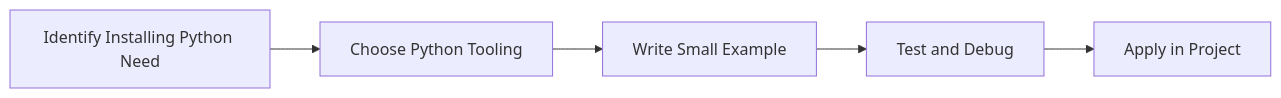
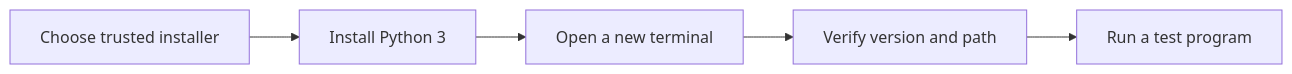
Before and after one commit to SYMOIZ/E-Learning-Portal: the diagram in Python-Mastery/Beginner/02-installing-python.md, drawn with Mermaid. The commit also changed other lines of this file and 116 other files, not shown here.

````diff
--- a/Python-Mastery/Beginner/02-installing-python.md
+++ b/Python-Mastery/Beginner/02-installing-python.md
@@ -128,7 +128,12 @@
 ```mermaid
 flowchart LR
-    A[Identify Installing Python Need] --> B[Choose Python Tooling]
-    B --> C[Write Small Example]
-    C --> D[Test and Debug]
-    D --> E[Apply in Project]
+    A[Choose trusted installer]
+    B[Install Python 3]
+    C[Open a new terminal]
+    D[Verify version and path]
+    E[Run a test program]
+    A --> B
+    B --> C
+    C --> D
+    D --> E
 ```
````
